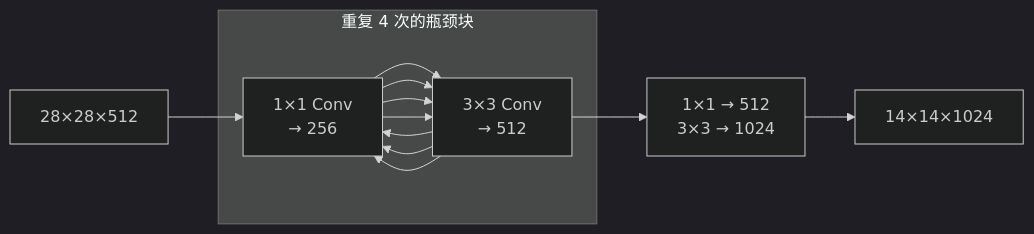
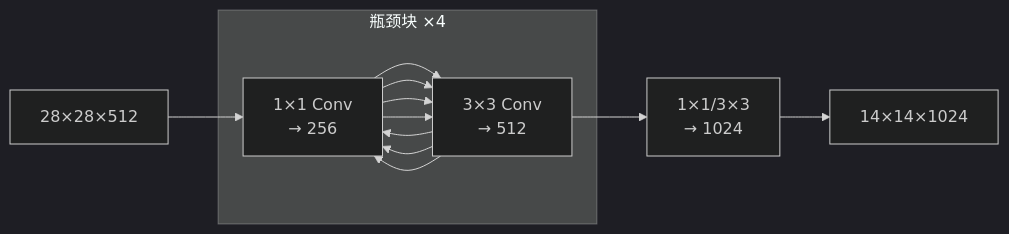
One commit to yejinlei/agent-yolo changed the second of 4 diagrams in docs/versions/v1/architecture.md. Above: the diagram before and after it, drawn with Mermaid (dark theme). The commit also changed other lines of this file and 3 other files, not shown here.

First line of the commit message:
全站 mermaid 文字截断修复：fontSize 14→12px + padding 12→14 + v1 长节点拆短

````diff
--- a/docs/versions/v1/architecture.md
+++ b/docs/versions/v1/architecture.md
@@ -111,13 +111,13 @@
 ```mermaid
 flowchart LR
     IN["28×28×512"]
-    subgraph BLOCK["重复 4 次的瓶颈块"]
+    subgraph BLOCK["瓶颈块 ×4"]
         C1["1×1 Conv<br/>→ 256"]
         C2["3×3 Conv<br/>→ 512"]
     end
-    TRANS["1×1 → 512<br/>3×3 → 1024"]
+    TRANS["1×1/3×3<br/>→ 1024"]
     OUT["14×14×1024"]
 
     IN --> C1 --> C2 --> C1 --> C2 --> C1 --> C2 --> C1 --> C2
     C2 --> TRANS --> OUT
 ```
````
